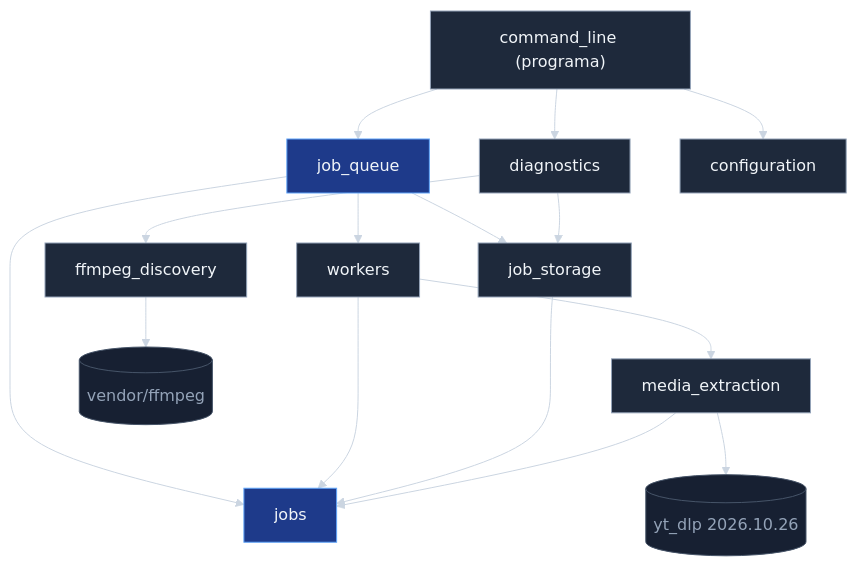
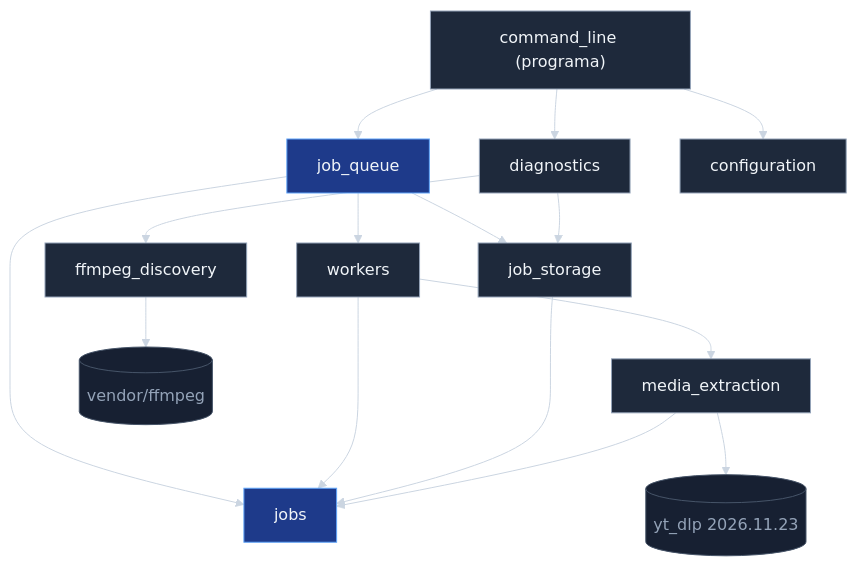
The first of 3 diagrams in doc/design/01-architecture.md (NestorMonroy/queued-media-downloader), drawn with Mermaid before and after one commit. The commit also changed 13 other files, not shown here.

````diff
--- a/doc/design/01-architecture.md
+++ b/doc/design/01-architecture.md
@@ -150,50 +150,50 @@
 ```mermaid
 ---
 config:
   theme: base
   darkMode: true
   themeVariables:
     background:         "#0f172a"
     primaryColor:       "#1e293b"
     primaryTextColor:   "#f1f5f9"
     primaryBorderColor: "#94a3b8"
     lineColor:          "#cbd5e1"
     secondaryColor:     "#334155"
     tertiaryColor:      "#1e3a8a"
     noteBkgColor:       "#1e3a8a"
     noteTextColor:      "#f1f5f9"
 ---
 graph TD
     CommandLine["command_line (programa)"]
     JobQueue["job_queue"]
     Diagnostics["diagnostics"]
     Workers["workers"]
     MediaExtraction["media_extraction"]
     JobStorage["job_storage"]
     FfmpegDiscovery["ffmpeg_discovery"]
     Jobs["jobs"]
     Configuration["configuration"]
-    YtDlpLibrary[("yt_dlp 2026.10.26")]
+    YtDlpLibrary[("yt_dlp 2026.11.23")]
     VendoredFfmpeg[("vendor/ffmpeg")]
 
     CommandLine --> JobQueue
     CommandLine --> Diagnostics
     CommandLine --> Configuration
     JobQueue --> JobStorage
     JobQueue --> Workers
     JobQueue --> Jobs
     Diagnostics --> FfmpegDiscovery
     Diagnostics --> JobStorage
     Workers --> MediaExtraction
     Workers --> Jobs
     JobStorage --> Jobs
     MediaExtraction --> Jobs
     MediaExtraction --> YtDlpLibrary
     FfmpegDiscovery --> VendoredFfmpeg
 
     classDef default fill:#1e293b,stroke:#94a3b8,stroke-width:1px,color:#f1f5f9
     classDef focal fill:#1e3a8a,stroke:#60a5fa,color:#f1f5f9
     classDef external fill:#172032,stroke:#475569,color:#94a3b8
     class Jobs,JobQueue focal
     class YtDlpLibrary,VendoredFfmpeg external
 ```
````
